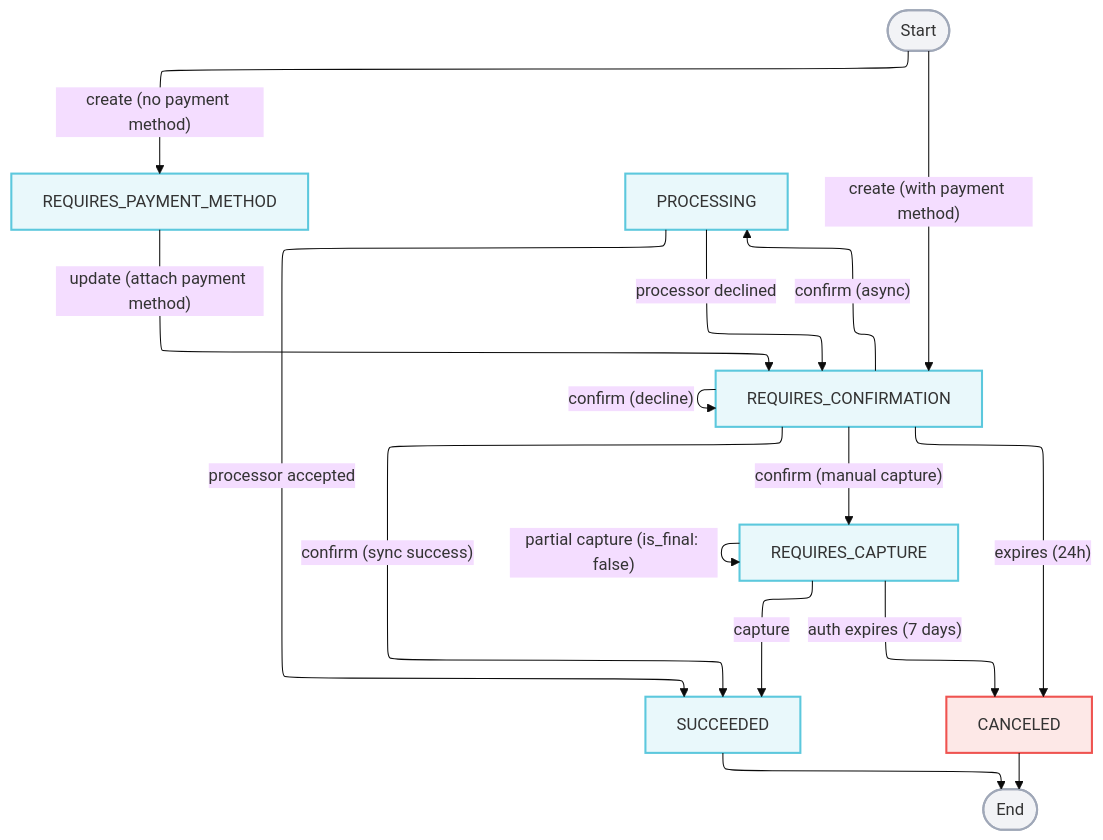
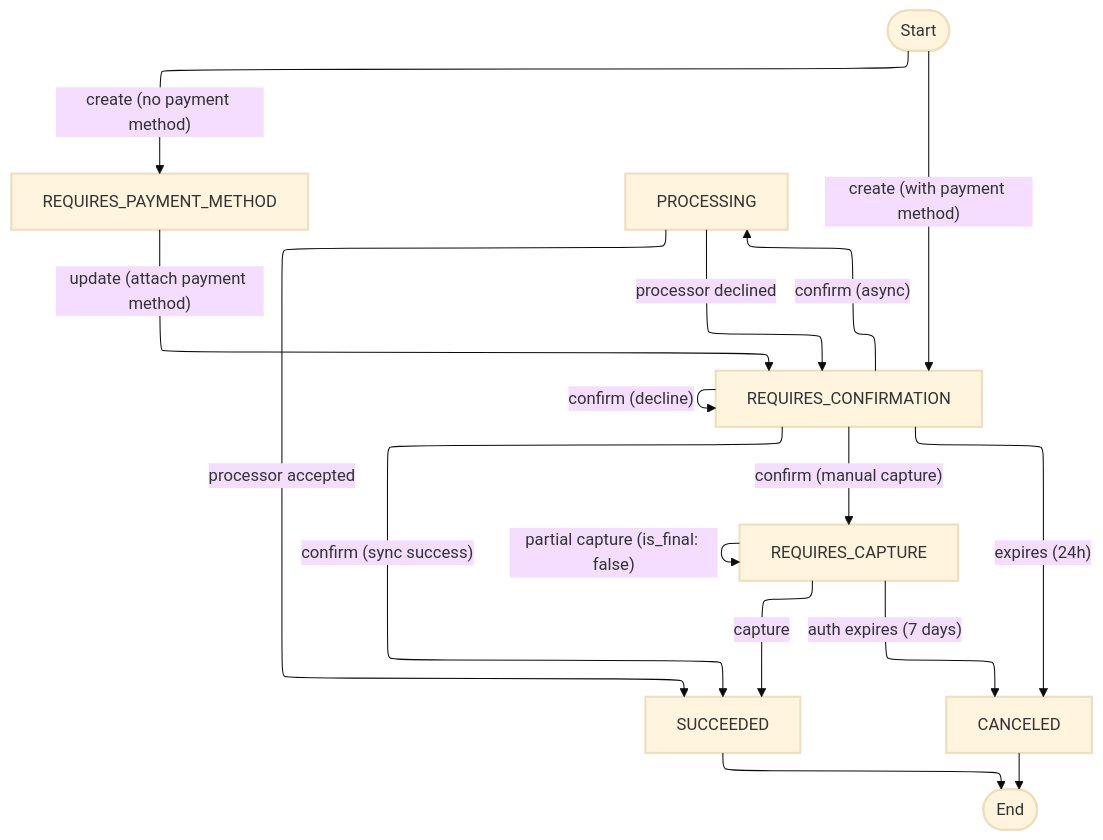
The diagram in docs/concepts/payment-intents.mdx (credova/developers.credova.com), drawn with Mermaid (base theme) before and after one commit. The commit also changed other lines of this file and 108 other files, not shown here.

````diff
--- a/docs/concepts/payment-intents.mdx
+++ b/docs/concepts/payment-intents.mdx
@@ -79,35 +79,35 @@
 ```mermaid
 ---
 config:
   layout: elk
 ---
 flowchart TB
     Start(["Start"]) -- "create (no payment method)" --> RPM["REQUIRES_PAYMENT_METHOD"]
     Start -- "create (with payment method)" --> RC["REQUIRES_CONFIRMATION"]
     RPM -- "update (attach payment method)" --> RC
     RC -- "confirm (sync success)" --> SUCCEEDED["SUCCEEDED"]
     RC -- "confirm (async)" --> PROCESSING["PROCESSING"]
     RC -- "confirm (decline)" --> RC
     RC -- "confirm (manual capture)" --> RCAP["REQUIRES_CAPTURE"]
     PROCESSING -- "processor accepted" --> SUCCEEDED
     PROCESSING -- "processor declined" --> RC
     RCAP -- "capture" --> SUCCEEDED
     RCAP -- "partial capture (is_final: false)" --> RCAP
     RCAP -- "auth expires (7 days)" --> CANCELED["CANCELED"]
     RC -- "expires (24h)" --> CANCELED
     SUCCEEDED --> End(["End"])
     CANCELED --> End
 
     Start:::terminalNode
     RPM:::spineNode
     RC:::spineNode
     PROCESSING:::spineNode
     RCAP:::spineNode
     SUCCEEDED:::spineNode
     CANCELED:::exceptionNode
     End:::terminalNode
 
-    classDef spineNode fill:#5CC8DD22,stroke:#5CC8DD,stroke-width:2px
-    classDef exceptionNode fill:#EF535022,stroke:#EF5350,stroke-width:2px
-    classDef terminalNode fill:#A0A8B822,stroke:#A0A8B8,stroke-width:2px
+    classDef spineNode stroke-width:2px
+    classDef exceptionNode stroke-width:2px
+    classDef terminalNode stroke-width:2px
 ```
````
